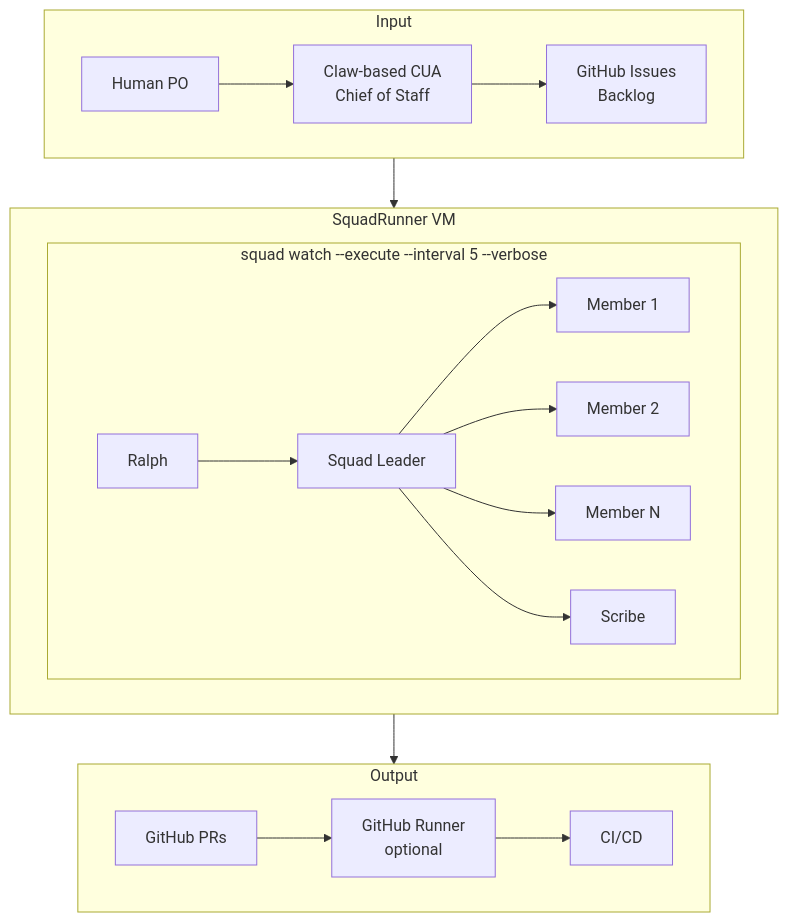
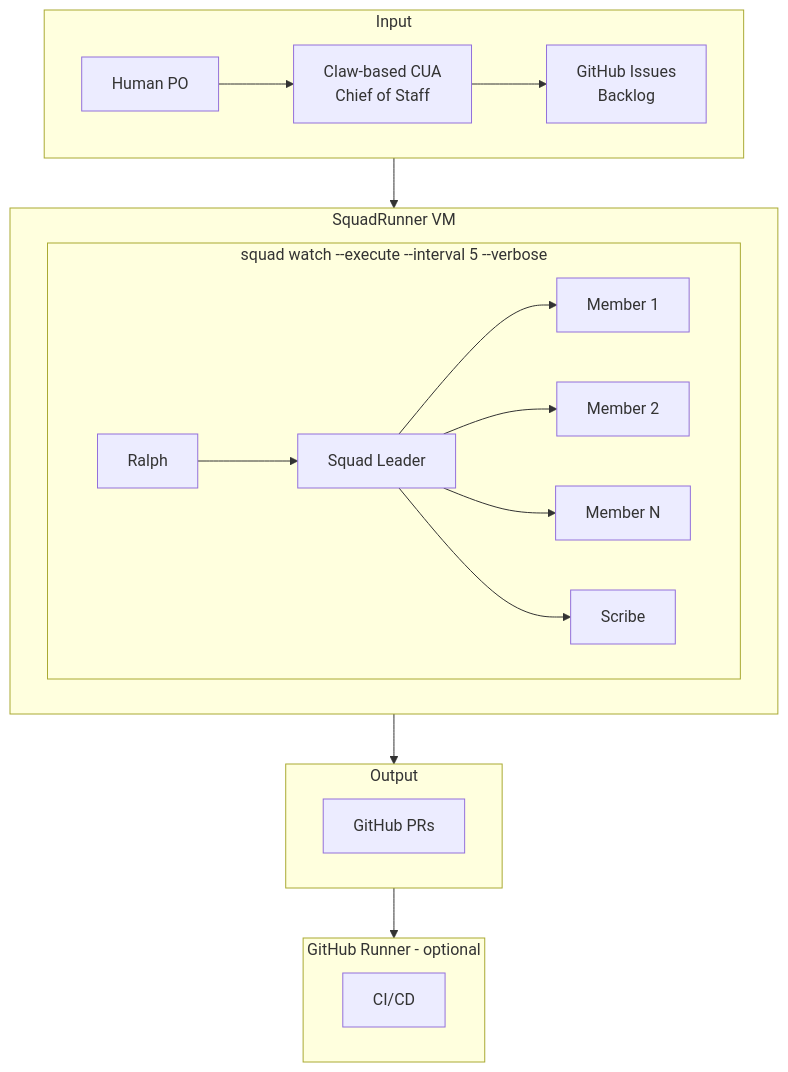
Before and after one commit to TheeUnderdog/SquadRunner: the diagram in README.md, drawn with Mermaid.

Commit message:
Separate Output and Runner boxes

````diff
--- a/README.md
+++ b/README.md
@@ -19,26 +19,31 @@
 ```mermaid
 flowchart TD
     subgraph Input
         direction LR
         H[Human PO] --> CUA[Claw-based CUA<br/>Chief of Staff] --> GH[GitHub Issues<br/>Backlog]
     end
     
     Input --> VM
     
     subgraph VM[SquadRunner VM]
         subgraph SW[squad watch --execute --interval 5 --verbose]
             direction LR
             R[Ralph] --> SL[Squad Leader]
             SL --> M1[Member 1]
             SL --> M2[Member 2]
             SL --> MN[Member N]
             SL --> SC[Scribe]
         end
     end
     
     VM --> Output
+    Output --> Runner
     
     subgraph Output
-        PR[GitHub PRs] --> GHR[GitHub Runner<br/>optional] --> CI[CI/CD]
+        PR[GitHub PRs]
+    end
+    
+    subgraph Runner[GitHub Runner - optional]
+        CI[CI/CD]
     end
 ```
````
